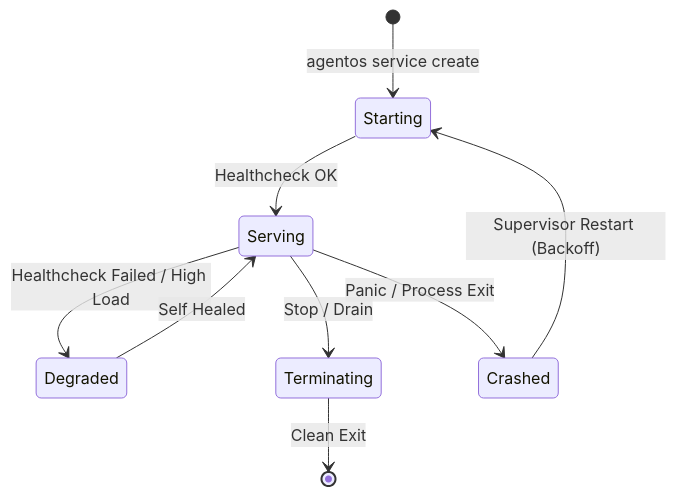
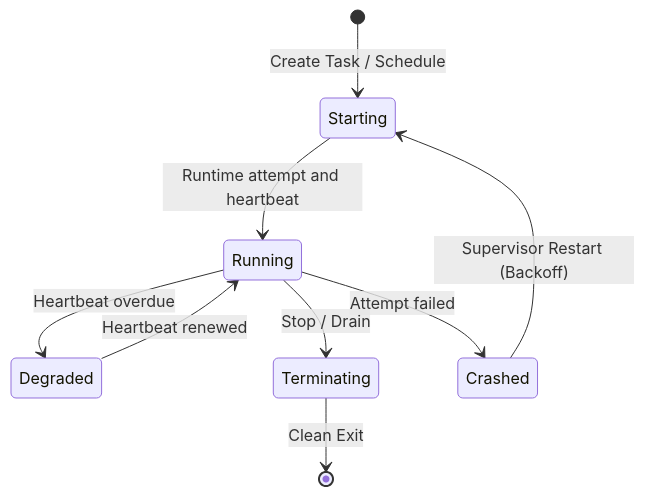
One commit to CloudEdgeCore/AgentOS changed the third of 4 diagrams in docs/user-guide.md. Above: the diagram before and after it, drawn with Mermaid. The commit also changed other lines of this file and 33 other files, not shown here.

First line of the commit message:
fix(service): run replicas through task runtime

````diff
--- a/docs/user-guide.md
+++ b/docs/user-guide.md
@@ -557,11 +557,11 @@
 ```mermaid
 stateDiagram-v2
-    [*] --> Starting: agentos service create
-    Starting --> Serving: Healthcheck OK
-    Serving --> Degraded: Healthcheck Failed / High Load
-    Degraded --> Serving: Self Healed
-    Serving --> Terminating: Stop / Drain
-    Serving --> Crashed: Panic / Process Exit
+    [*] --> Starting: Create Task / Schedule
+    Starting --> Running: Runtime attempt and heartbeat
+    Running --> Degraded: Heartbeat overdue
+    Degraded --> Running: Heartbeat renewed
+    Running --> Terminating: Stop / Drain
+    Running --> Crashed: Attempt failed
     Crashed --> Starting: Supervisor Restart (Backoff)
     Terminating --> [*]: Clean Exit
 ```
````
